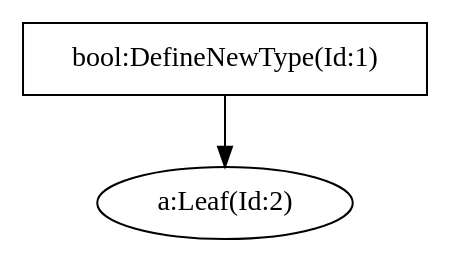
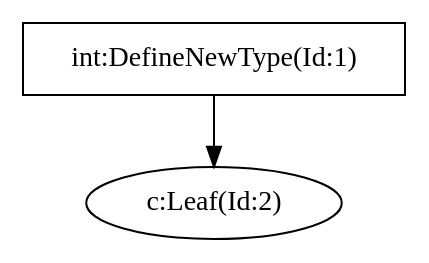
One commit to egoshin-igor/StateMachine changed the diagram in Compiler/SyntacticalAnalyzerGenerator/LangFiles/astTree.dot. Above: the diagram before and after it, drawn with Graphviz. The commit also changed 4 other files, not shown here.

```diff
--- a/Compiler/SyntacticalAnalyzerGenerator/LangFiles/astTree.dot
+++ b/Compiler/SyntacticalAnalyzerGenerator/LangFiles/astTree.dot
@@ -1,1 +1,1 @@
-digraph G{"bool:DefineNewType(Id:1)" [shape = box];"bool:DefineNewType(Id:1)"->"a:Leaf(Id:2)";}
+digraph G{"int:DefineNewType(Id:1)" [shape = box];"int:DefineNewType(Id:1)"->"c:Leaf(Id:2)";}
```
